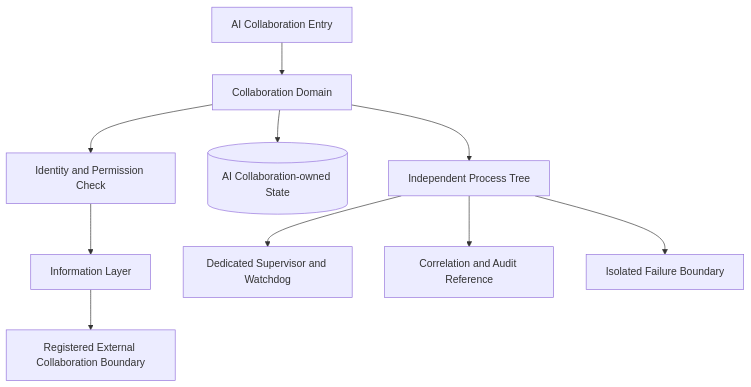
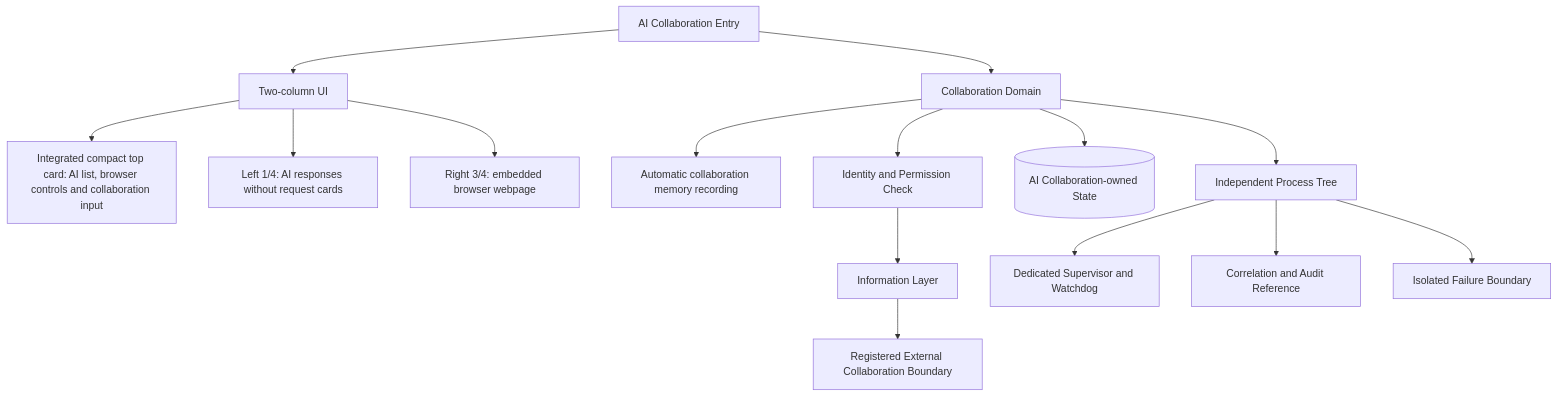
One commit to guilty442-source/GPTBridge changed the diagram in governance_rule/codex/architecture-tool-ai-collaboration.md. Above: the diagram before and after it, drawn with Mermaid. The commit also changed other lines of this file and 227 other files, not shown here.

First line of the commit message:
Refactor: Major governance and sovereign architecture restructuring

````diff
--- a/governance_rule/codex/architecture-tool-ai-collaboration.md
+++ b/governance_rule/codex/architecture-tool-ai-collaboration.md
@@ -3,12 +3,17 @@
 ```mermaid
 flowchart TB
   ENTRY[AI Collaboration Entry] --> APP[Collaboration Domain]
+  ENTRY --> UI[Two-column UI]
+  UI --> TOP[Integrated compact top card: AI list, browser controls and collaboration input]
+  UI --> LEFT[Left 1/4: AI responses without request cards]
+  UI --> RIGHT[Right 3/4: embedded browser webpage]
+  APP --> AUTO_MEMORY[Automatic collaboration memory recording]
   APP --> AUTH[Identity and Permission Check]
   AUTH --> INFO[Information Layer]
   INFO --> EXT[Registered External Collaboration Boundary]
   APP --> STATE[(AI Collaboration-owned State)]
   APP --> PROC[Independent Process Tree]
   PROC --> SUP[Dedicated Supervisor and Watchdog]
   PROC --> AUDIT[Correlation and Audit Reference]
   PROC --> FAULT[Isolated Failure Boundary]
 ```
````
